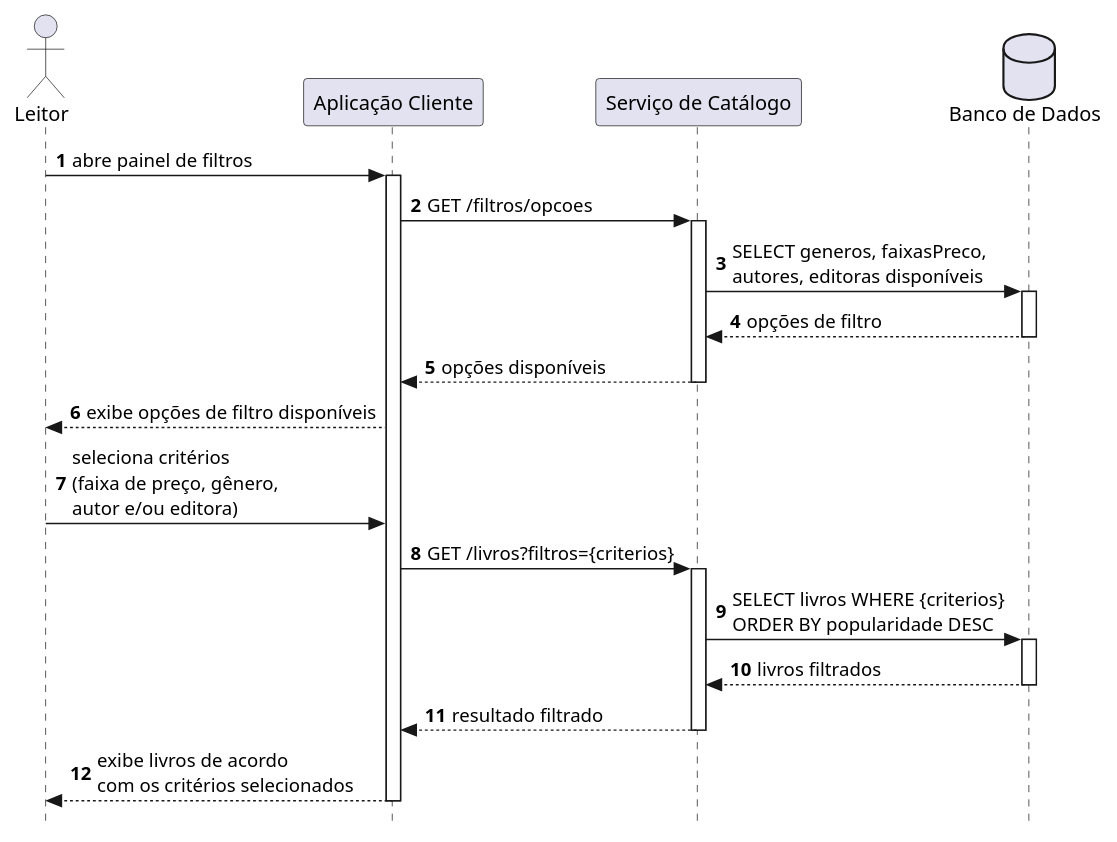
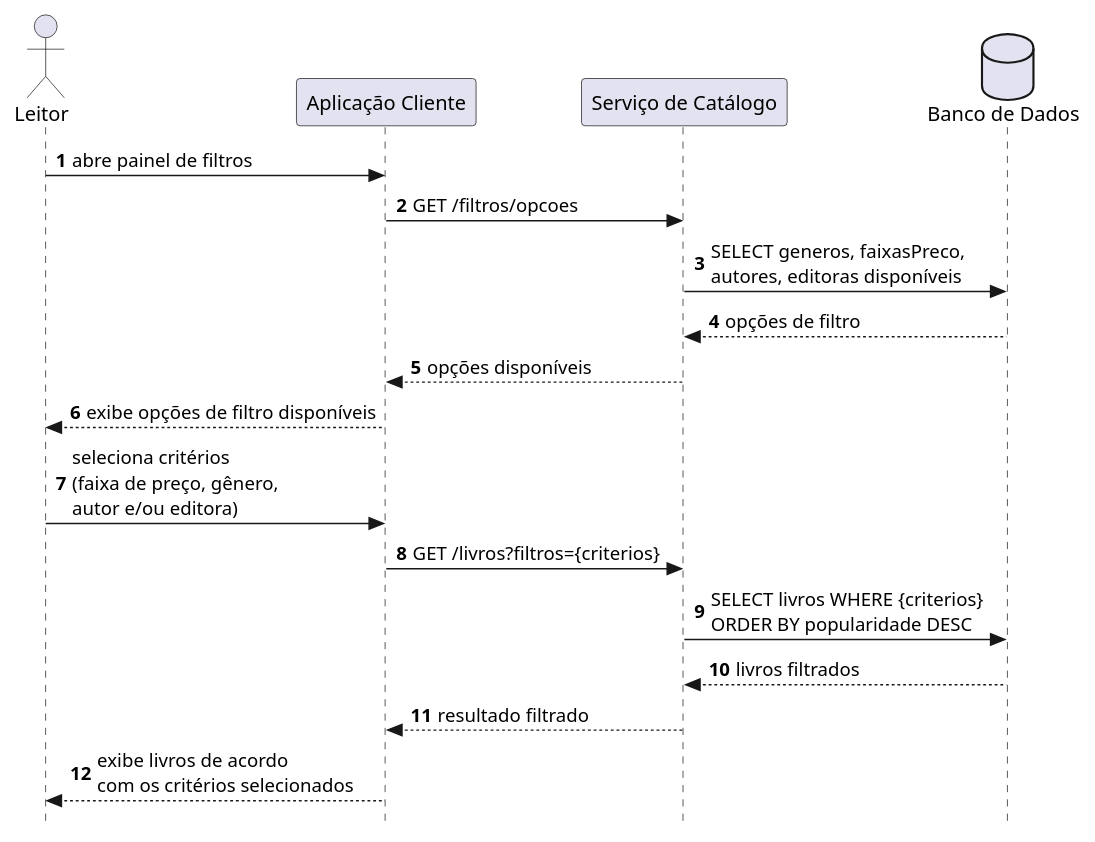
Before and after one commit to jalv21/iLib: the diagram in docs/codigo-plantuml/diagramas-comunicacao/catalogo/dc-aplicar_filtros.puml, drawn with PlantUML.

Commit message:
docs/criando diagrama de comunicação para aplicar filtros

```diff
--- a/docs/codigo-plantuml/diagramas-comunicacao/catalogo/dc-aplicar_filtros.puml
+++ b/docs/codigo-plantuml/diagramas-comunicacao/catalogo/dc-aplicar_filtros.puml
@@ -1,38 +1,28 @@
-@startuml ds-aplicar_filtros
+@startuml dc-aplicar_filtros
 autonumber
 skinparam style strictuml
 
 actor Leitor as "Leitor"
 participant Client          as "Aplicação Cliente"
 participant ServiceCatalogo as "Serviço de Catálogo"
 database    BD              as "Banco de Dados"
 
 Leitor -> Client : abre painel de filtros
-activate Client
 
 Client -> ServiceCatalogo : GET /filtros/opcoes
-activate ServiceCatalogo
 ServiceCatalogo -> BD : SELECT generos, faixasPreco,\nautores, editoras disponíveis
-activate BD
 BD --> ServiceCatalogo : opções de filtro
-deactivate BD
 ServiceCatalogo --> Client : opções disponíveis
-deactivate ServiceCatalogo
 
 Client --> Leitor : exibe opções de filtro disponíveis
 
 Leitor -> Client : seleciona critérios\n(faixa de preço, gênero,\nautor e/ou editora)
 
 Client -> ServiceCatalogo : GET /livros?filtros={criterios}
-activate ServiceCatalogo
 ServiceCatalogo -> BD : SELECT livros WHERE {criterios}\nORDER BY popularidade DESC
-activate BD
 BD --> ServiceCatalogo : livros filtrados
-deactivate BD
 ServiceCatalogo --> Client : resultado filtrado
-deactivate ServiceCatalogo
 
 Client --> Leitor : exibe livros de acordo\ncom os critérios selecionados
-deactivate Client
 
 @enduml
```
